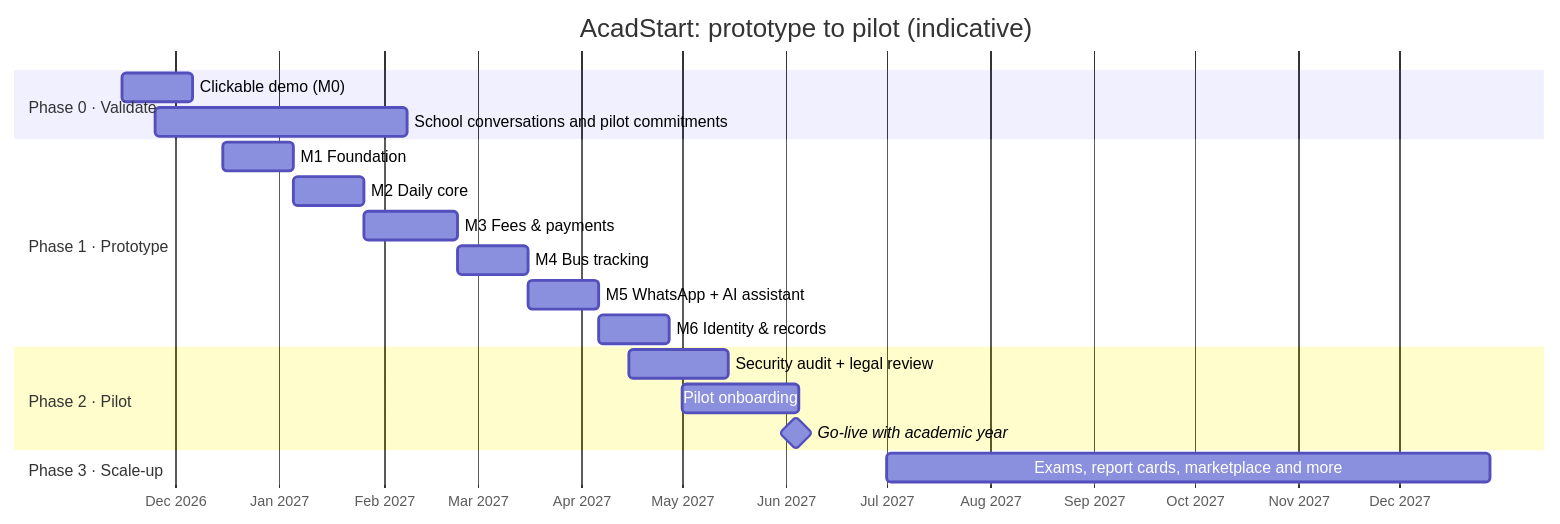
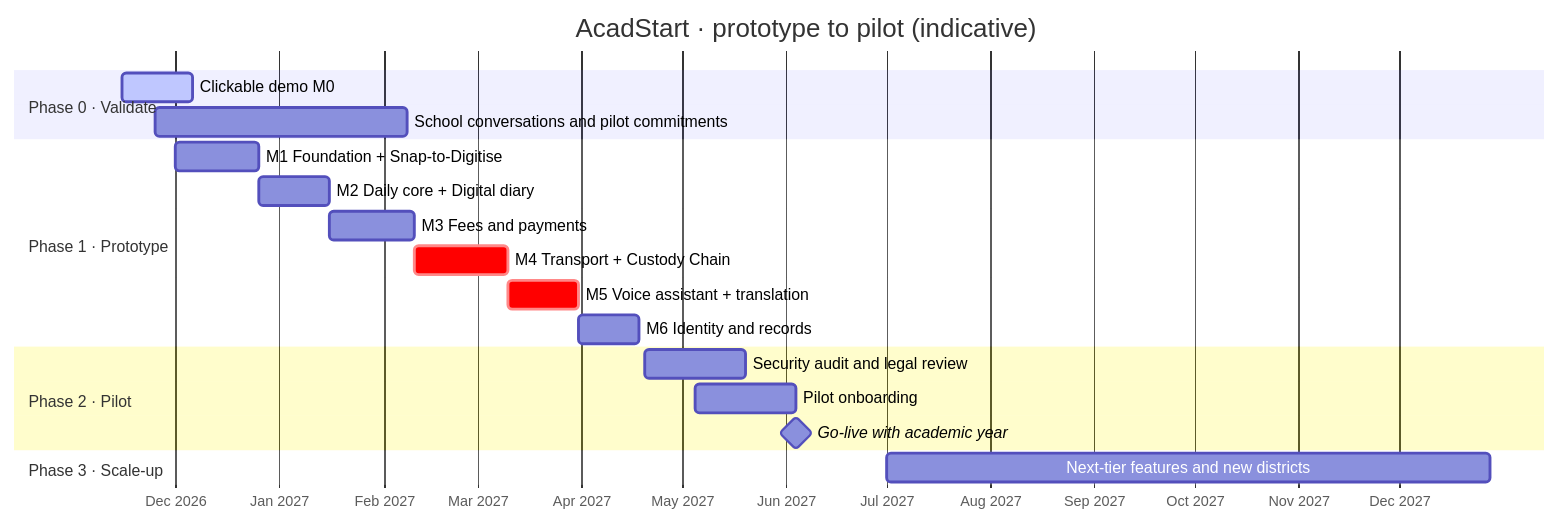
Diagram 14 of 14 in README.md (Vijay190899/acadstart), drawn with Mermaid before and after one commit. The commit also changed other lines of this file and 1 other file, not shown here.

Commit message:
Rewrite README: signature features (Custody Chain, Safe Handover, voice-first Tamil assistant, Snap-to-Digitise, digital diary), styled Mermaid diagrams, updated game plan and scale-up list

````diff
--- a/README.md
+++ b/README.md
@@ -341,22 +627,22 @@
 ```mermaid
 gantt
-  title AcadStart: prototype to pilot (indicative)
-  dateFormat  YYYY-MM-DD
-  axisFormat  %b %Y
+  title AcadStart · prototype to pilot (indicative)
+  dateFormat YYYY-MM-DD
+  axisFormat %b %Y
   section Phase 0 · Validate
-  Clickable demo (M0)              :p0a, 2026-11-15, 21d
+  Clickable demo M0                      :active, p0a, 2026-11-15, 21d
   School conversations and pilot commitments :p0b, 2026-11-25, 75d
   section Phase 1 · Prototype
-  M1 Foundation                    :p1a, 2026-12-15, 21d
-  M2 Daily core                    :p1b, after p1a, 21d
-  M3 Fees & payments               :p1c, after p1b, 28d
-  M4 Bus tracking                  :p1d, after p1c, 21d
-  M5 WhatsApp + AI assistant       :p1e, after p1d, 21d
-  M6 Identity & records            :p1f, after p1e, 21d
+  M1 Foundation + Snap-to-Digitise       :p1a, 2026-12-01, 25d
+  M2 Daily core + Digital diary          :p1b, after p1a, 21d
+  M3 Fees and payments                   :p1c, after p1b, 25d
+  M4 Transport + Custody Chain           :crit, p1d, after p1c, 28d
+  M5 Voice assistant + translation       :crit, p1e, after p1d, 21d
+  M6 Identity and records                :p1f, after p1e, 18d
   section Phase 2 · Pilot
-  Security audit + legal review    :p2a, 2027-04-15, 30d
-  Pilot onboarding                 :p2b, 2027-05-01, 35d
-  Go-live with academic year       :milestone, 2027-06-04, 0d
+  Security audit and legal review        :p2a, 2027-04-20, 30d
+  Pilot onboarding                       :p2b, 2027-05-05, 30d
+  Go-live with academic year             :milestone, 2027-06-04, 0d
   section Phase 3 · Scale-up
-  Exams, report cards, marketplace and more :p3, 2027-07-01, 180d
+  Next-tier features and new districts   :p3, 2027-07-01, 180d
 ```
````
